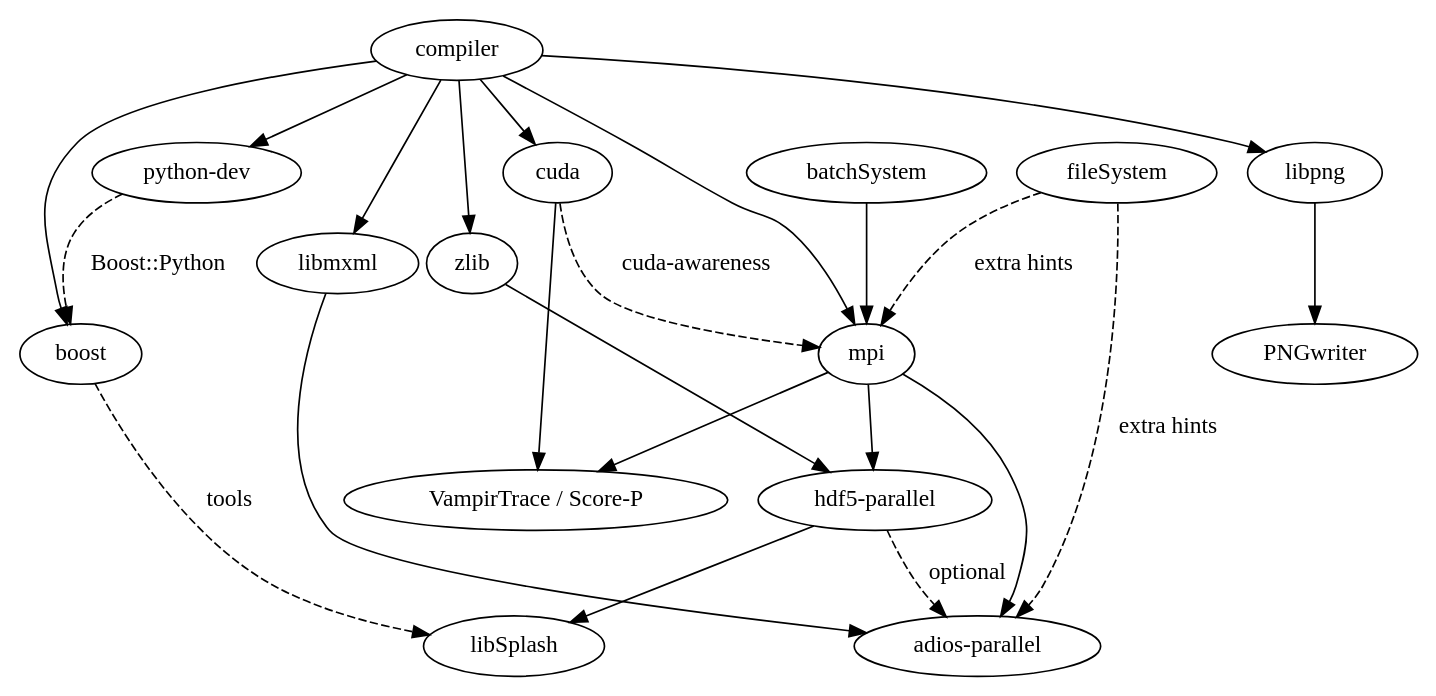
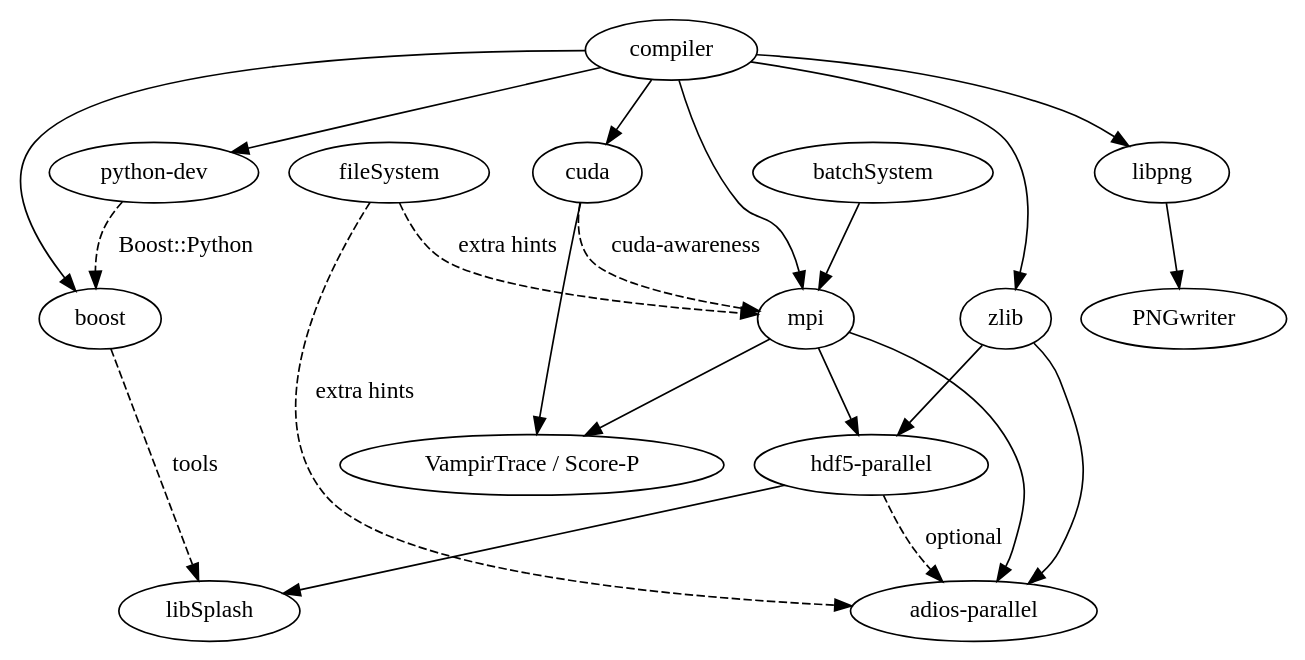
The diagram in doc/libraryDependencies.dot (ComputationalRadiationPhysics/picongpu), drawn with Graphviz before and after one commit. The commit also changed 1 other file, not shown here.

Commit message:
remove libmxml dependency from graph

```diff
--- a/doc/libraryDependencies.dot
+++ b/doc/libraryDependencies.dot
@@ -1,44 +1,43 @@
 /* Generate the output
  *
  * Debian: apt-get install libgraph-easy-perl
  * Command:
  *   graph-easy --input=libraryDependencies.dot --boxart > libraryDependencies.md
  *   graph-easy --input=libraryDependencies.dot --as_ascii > libraryDependencies.txt
  *   graph-easy --input=libraryDependencies.dot --svg > libraryDependencies.svg
  *   graph-easy --input=libraryDependencies.dot --png
  */
 
 digraph PIConGPU {
     compiler -> cuda;
     compiler -> mpi;
     compiler -> boost;
     compiler -> python;
     compiler -> zlib;
-    compiler -> libmxml;
     compiler -> libpng;
 
     cuda -> mpi [style=dashed label="cuda-awareness"];
     batchSystem -> mpi;
     fileSystem -> mpi [style=dashed label="extra hints"];
 
     python [label="python-dev"];
     python -> boost [style=dashed label="Boost::Python"];
 
     hdf5 [label="hdf5-parallel"];
     mpi -> hdf5;
     zlib -> hdf5;
     hdf5 -> libSplash;
     boost -> libSplash [style=dashed label="tools"];
 
     adios [label="adios-parallel"];
     mpi -> adios;
-    libmxml -> adios;
+    zlib -> adios;
     hdf5 -> adios [style=dashed label="optional"];
     fileSystem -> adios [style=dashed label="extra hints"];
 
     libpng -> PNGwriter;
 
     trace [label="VampirTrace / Score-P"];
     mpi -> trace;
     cuda -> trace;
 }
```
